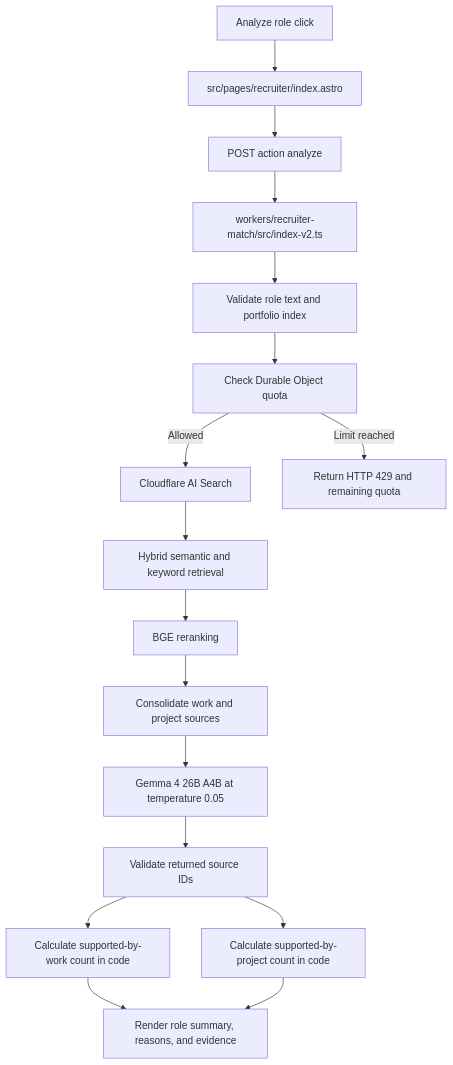
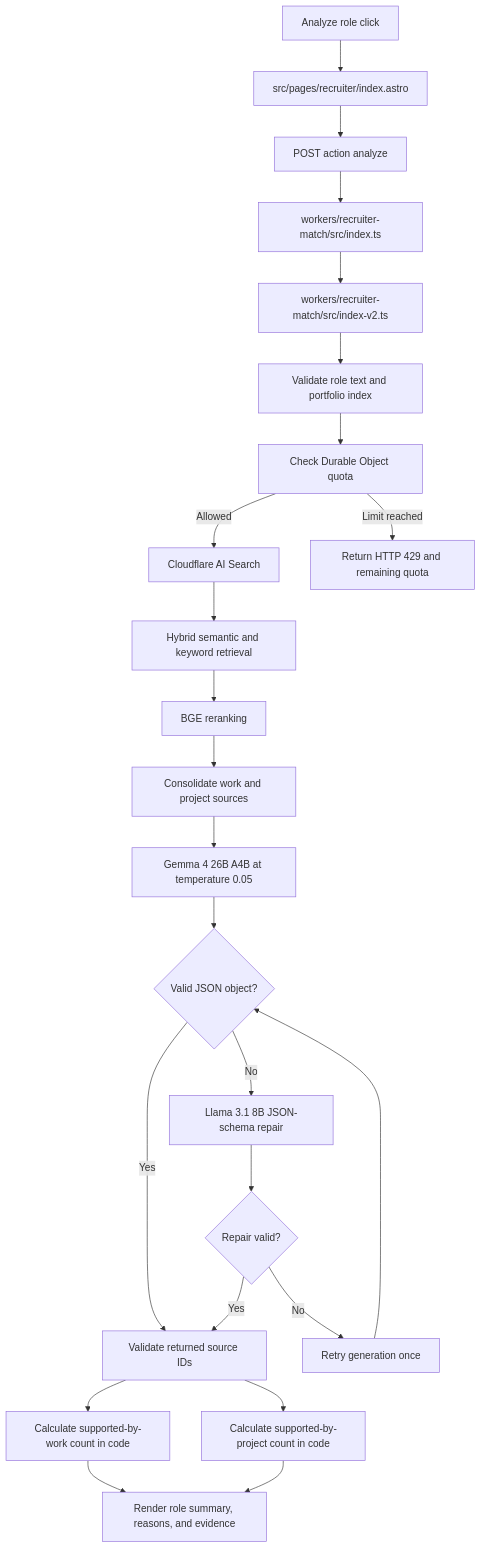
Before and after one commit to burtonmakes/burtonmakes.github.io: the second of 3 diagrams in docs/RECRUITER_ASSISTANT_WORKFLOW.md, drawn with Mermaid. The commit also changed other lines of this file and 4 other files, not shown here.

First line of the commit message:
Prevent malformed recruiter AI JSON errors

````diff
--- a/docs/RECRUITER_ASSISTANT_WORKFLOW.md
+++ b/docs/RECRUITER_ASSISTANT_WORKFLOW.md
@@ -39,19 +39,26 @@
 ```mermaid
 flowchart TD
     A[Analyze role click] --> B[src/pages/recruiter/index.astro]
     B --> C[POST action analyze]
-    C --> D[workers/recruiter-match/src/index-v2.ts]
-    D --> E[Validate role text and portfolio index]
-    E --> F[Check Durable Object quota]
-    F -->|Allowed| G[Cloudflare AI Search]
-    F -->|Limit reached| Z[Return HTTP 429 and remaining quota]
-    G --> H[Hybrid semantic and keyword retrieval]
-    H --> I[BGE reranking]
-    I --> J[Consolidate work and project sources]
-    J --> K[Gemma 4 26B A4B at temperature 0.05]
-    K --> L[Validate returned source IDs]
-    L --> M[Calculate supported-by-work count in code]
-    L --> N[Calculate supported-by-project count in code]
-    M --> O[Render role summary, reasons, and evidence]
-    N --> O
+    C --> D[workers/recruiter-match/src/index.ts]
+    D --> E[workers/recruiter-match/src/index-v2.ts]
+    E --> F[Validate role text and portfolio index]
+    F --> G[Check Durable Object quota]
+    G -->|Allowed| H[Cloudflare AI Search]
+    G -->|Limit reached| Z[Return HTTP 429 and remaining quota]
+    H --> I[Hybrid semantic and keyword retrieval]
+    I --> J[BGE reranking]
+    J --> K[Consolidate work and project sources]
+    K --> L[Gemma 4 26B A4B at temperature 0.05]
+    L --> M{Valid JSON object?}
+    M -->|Yes| N[Validate returned source IDs]
+    M -->|No| R[Llama 3.1 8B JSON-schema repair]
+    R --> S{Repair valid?}
+    S -->|Yes| N
+    S -->|No| T[Retry generation once]
+    T --> M
+    N --> O[Calculate supported-by-work count in code]
+    N --> P[Calculate supported-by-project count in code]
+    O --> Q[Render role summary, reasons, and evidence]
+    P --> Q
 ```
````
